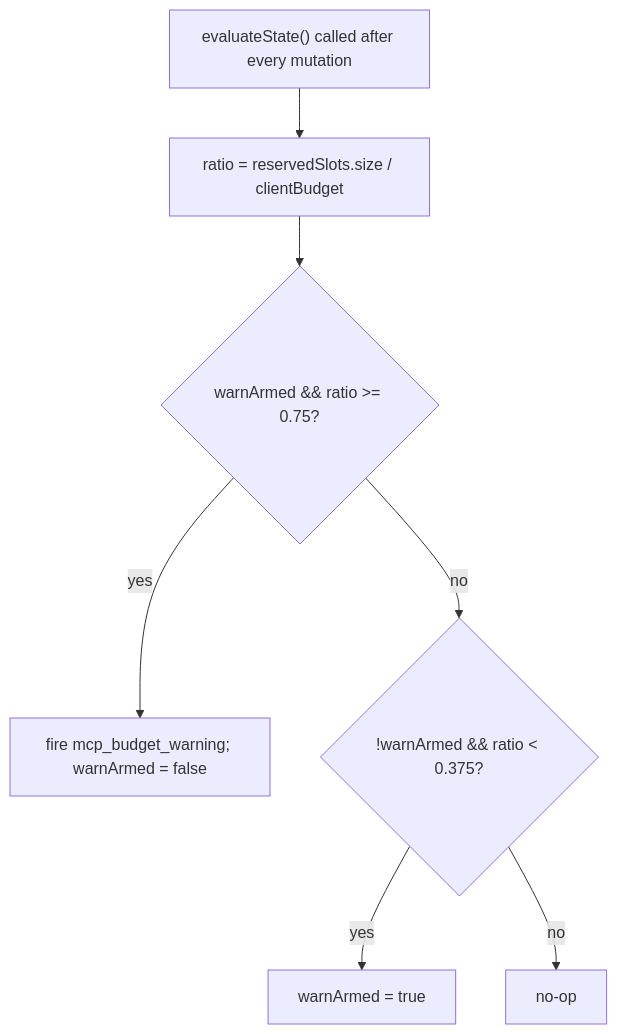
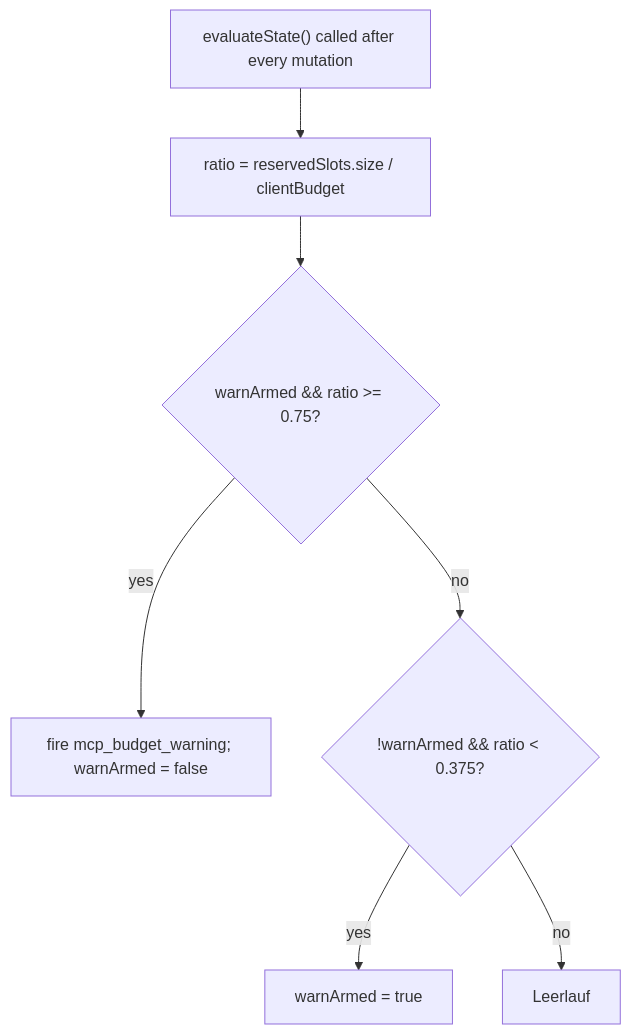
One commit to QwenLM/qwen-code-docs changed the second of 3 diagrams in website/content/de/developers/daemon/06-mcp-budget-guardrails.md. Above: the diagram before and after it, drawn with Mermaid. The commit also changed other lines of this file and 1077 other files, not shown here.

````diff
--- a/website/content/de/developers/daemon/06-mcp-budget-guardrails.md
+++ b/website/content/de/developers/daemon/06-mcp-budget-guardrails.md
@@ -74,9 +74,9 @@
 ```mermaid
 flowchart TD
     EV["evaluateState() called after every mutation"] --> R["ratio = reservedSlots.size / clientBudget"]
     R --> U{"warnArmed && ratio >= 0.75?"}
     U -->|yes| FIRE["fire mcp_budget_warning; warnArmed = false"]
     U -->|no| D{"!warnArmed && ratio < 0.375?"}
     D -->|yes| ARM["warnArmed = true"]
-    D -->|no| NOOP[no-op]
+    D -->|no| NOOP["Leerlauf"]
 ```
````
